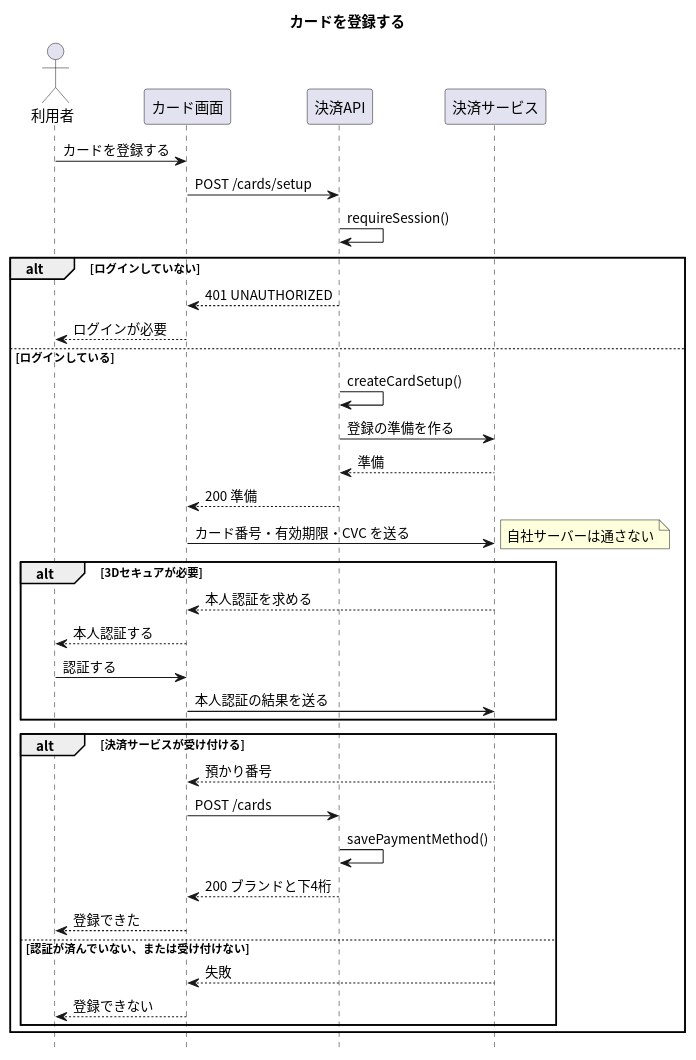
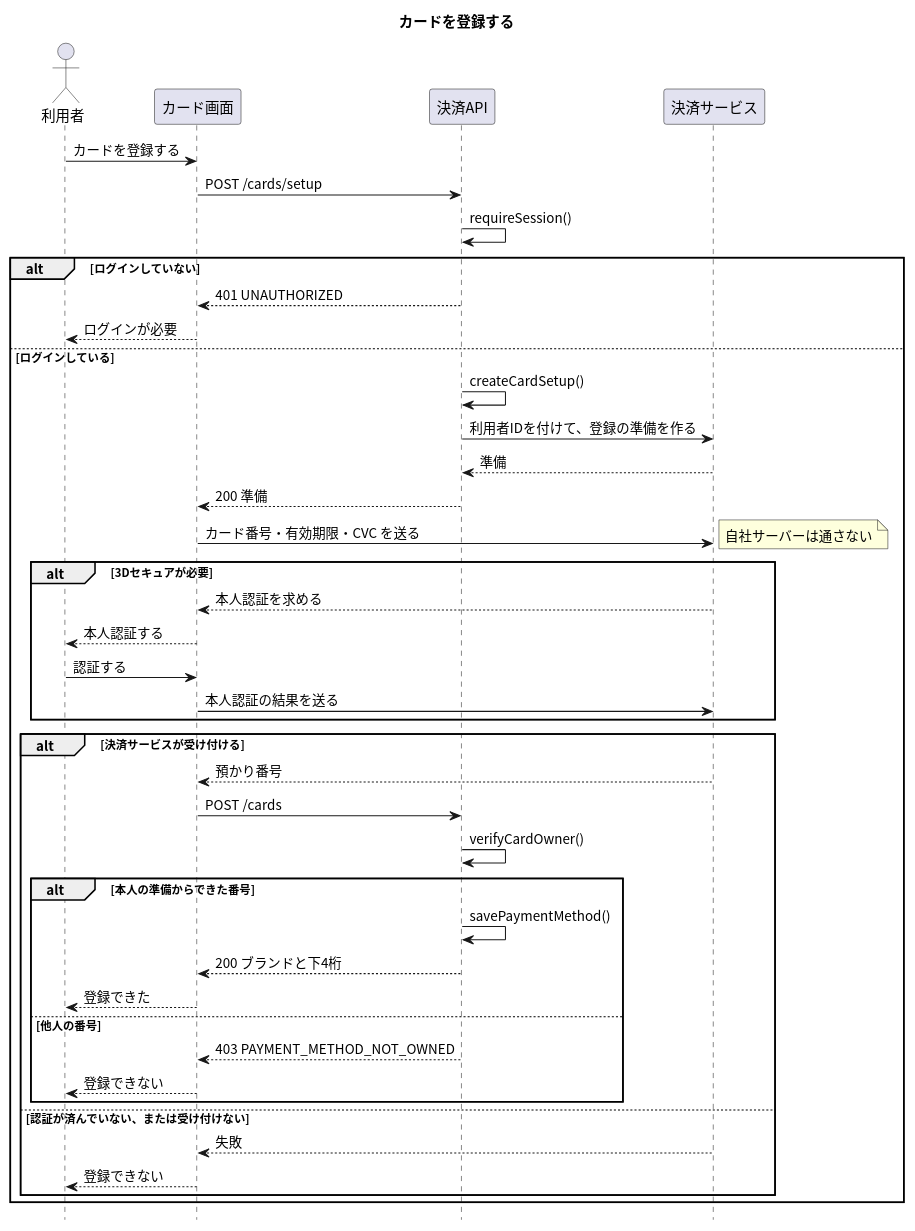
One commit to masamasamasato/design-doc-template changed the diagram in apis/register-card/入口.puml. Above: the diagram before and after it, drawn with PlantUML. The commit also changed 57 other files, not shown here.

```diff
--- a/apis/register-card/入口.puml
+++ b/apis/register-card/入口.puml
@@ -1,44 +1,50 @@
 @startuml
 skinparam shadowing false
 skinparam defaultFontName "Noto Sans CJK JP"
 skinparam SequenceFontName "Noto Sans CJK JP"
 hide footbox
 
 title カードを登録する
 
 actor "利用者" as User
 participant "カード画面" as Screen
 participant "決済API" as API
 participant "決済サービス" as PSP
 
 User -> Screen : カードを登録する
 Screen -> API : POST /cards/setup
 API -> API : requireSession()
 alt ログインしていない
   API --> Screen : 401 UNAUTHORIZED
   Screen --> User : ログインが必要
 else ログインしている
   API -> API : createCardSetup()
-  API -> PSP : 登録の準備を作る
+  API -> PSP : 利用者IDを付けて、登録の準備を作る
   PSP --> API : 準備
   API --> Screen : 200 準備
   Screen -> PSP : カード番号・有効期限・CVC を送る
   note right: 自社サーバーは通さない
   alt 3Dセキュアが必要
     PSP --> Screen : 本人認証を求める
     Screen --> User : 本人認証する
     User -> Screen : 認証する
     Screen -> PSP : 本人認証の結果を送る
   end
   alt 決済サービスが受け付ける
     PSP --> Screen : 預かり番号
     Screen -> API : POST /cards
-    API -> API : savePaymentMethod()
-    API --> Screen : 200 ブランドと下4桁
-    Screen --> User : 登録できた
+    API -> API : verifyCardOwner()
+    alt 本人の準備からできた番号
+      API -> API : savePaymentMethod()
+      API --> Screen : 200 ブランドと下4桁
+      Screen --> User : 登録できた
+    else 他人の番号
+      API --> Screen : 403 PAYMENT_METHOD_NOT_OWNED
+      Screen --> User : 登録できない
+    end
   else 認証が済んでいない、または受け付けない
     PSP --> Screen : 失敗
     Screen --> User : 登録できない
   end
 end
 @enduml
```
